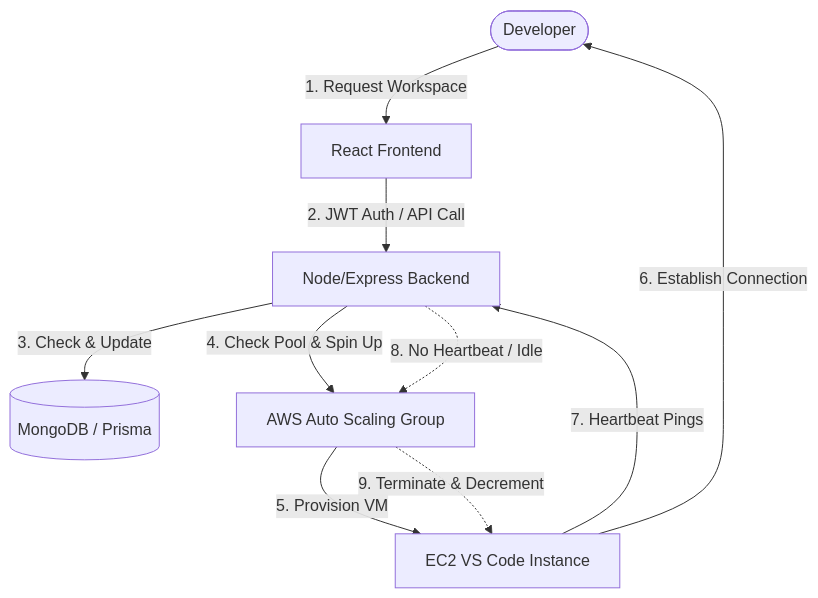
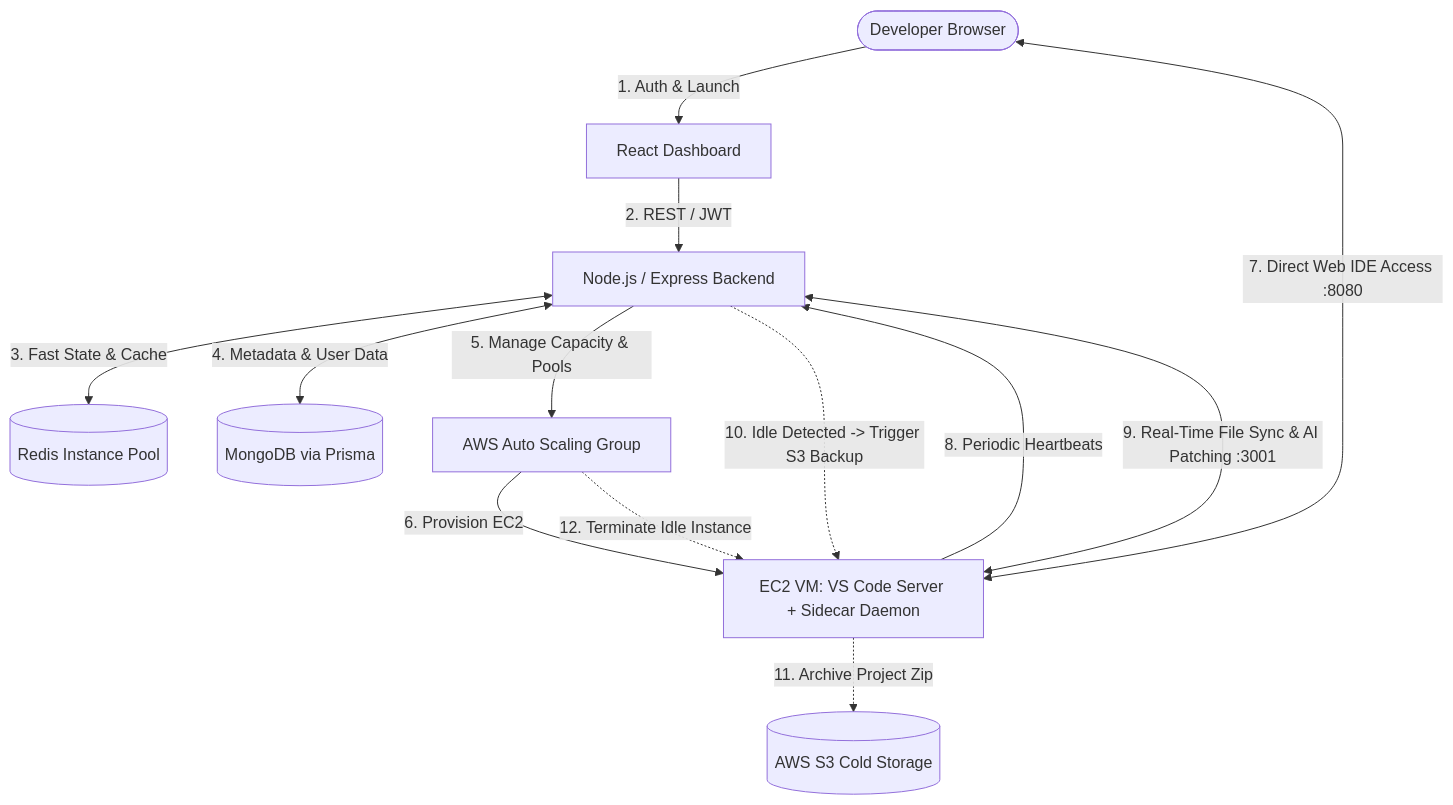
The diagram in README.md (Brijesh-0106/Kanvas-Replit), drawn with Mermaid before and after one commit. The commit also changed other lines of this file and 2 other files, not shown here.

Commit message:
feat: initialize backend project and update architecture diagrams

````diff
--- a/README.md
+++ b/README.md
@@ -43,12 +61,15 @@
 ```mermaid
-graph TD
-    User([Developer]) -->|1. Request Workspace| FE[React Frontend]
-    FE -->|2. JWT Auth / API Call| BE[Node/Express Backend]
-    BE -->|3. Check & Update| DB[(MongoDB / Prisma)]
-    BE -->|4. Check Pool & Spin Up| AWS_ASG[AWS Auto Scaling Group]
-    AWS_ASG -->|5. Provision VM| EC2[EC2 VS Code Instance]
-    EC2 -->|6. Establish Connection| User
-    EC2 -->|7. Heartbeat Pings| BE
-    BE -.->|8. No Heartbeat / Idle| AWS_ASG
-    AWS_ASG -.->|9. Terminate & Decrement| EC2
+flowchart TD
+    User([Developer Browser]) -->|1. Auth & Launch| FE[React Dashboard]
+    FE -->|2. REST / JWT| BE[Node.js / Express Backend]
+    BE <-->|3. Fast State & Cache| Redis[(Redis Instance Pool)]
+    BE <-->|4. Metadata & User Data| DB[(MongoDB via Prisma)]
+    BE -->|5. Manage Capacity & Pools| AWS_ASG[AWS Auto Scaling Group]
+    AWS_ASG -->|6. Provision EC2| EC2[EC2 VM: VS Code Server + Sidecar Daemon]
+    User <-->|7. Direct Web IDE Access :8080| EC2
+    EC2 -->|8. Periodic Heartbeats| BE
+    EC2 <-->|9. Real-Time File Sync & AI Patching :3001| BE
+    BE -.->|10. Idle Detected -> Trigger S3 Backup| EC2
+    EC2 -.->|11. Archive Project Zip| S3[(AWS S3 Cold Storage)]
+    AWS_ASG -.->|12. Terminate Idle Instance| EC2
 ```
````
